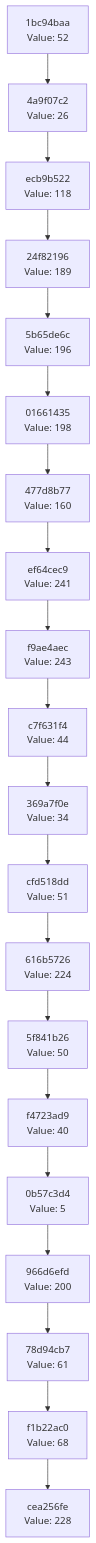
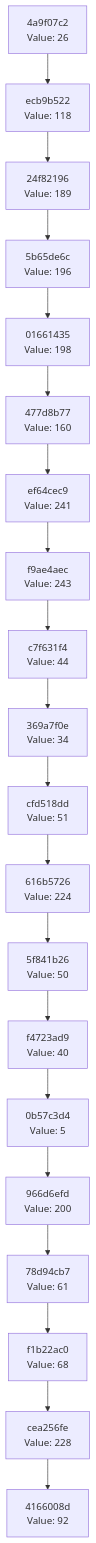
The diagram in docs/CHAIN_VISUALIZATION.md (Abhisheksinha1506/hash-chain-evolver), drawn with Mermaid before and after one commit. The commit also changed 2 other files, not shown here.

Commit message:
Evolution Step

````diff
--- a/docs/CHAIN_VISUALIZATION.md
+++ b/docs/CHAIN_VISUALIZATION.md
@@ -3,42 +3,42 @@
 ```mermaid
 graph TD
-    C0["cea256fe<br/>Value: 228"]
-    C1["f1b22ac0<br/>Value: 68"]
+    C0["4166008d<br/>Value: 92"]
+    C1["cea256fe<br/>Value: 228"]
     C1 --> C0
-    C2["78d94cb7<br/>Value: 61"]
+    C2["f1b22ac0<br/>Value: 68"]
     C2 --> C1
-    C3["966d6efd<br/>Value: 200"]
+    C3["78d94cb7<br/>Value: 61"]
     C3 --> C2
-    C4["0b57c3d4<br/>Value: 5"]
+    C4["966d6efd<br/>Value: 200"]
     C4 --> C3
-    C5["f4723ad9<br/>Value: 40"]
+    C5["0b57c3d4<br/>Value: 5"]
     C5 --> C4
-    C6["5f841b26<br/>Value: 50"]
+    C6["f4723ad9<br/>Value: 40"]
     C6 --> C5
-    C7["616b5726<br/>Value: 224"]
+    C7["5f841b26<br/>Value: 50"]
     C7 --> C6
-    C8["cfd518dd<br/>Value: 51"]
+    C8["616b5726<br/>Value: 224"]
     C8 --> C7
-    C9["369a7f0e<br/>Value: 34"]
+    C9["cfd518dd<br/>Value: 51"]
     C9 --> C8
-    C10["c7f631f4<br/>Value: 44"]
+    C10["369a7f0e<br/>Value: 34"]
     C10 --> C9
-    C11["f9ae4aec<br/>Value: 243"]
+    C11["c7f631f4<br/>Value: 44"]
     C11 --> C10
-    C12["ef64cec9<br/>Value: 241"]
+    C12["f9ae4aec<br/>Value: 243"]
     C12 --> C11
-    C13["477d8b77<br/>Value: 160"]
+    C13["ef64cec9<br/>Value: 241"]
     C13 --> C12
-    C14["01661435<br/>Value: 198"]
+    C14["477d8b77<br/>Value: 160"]
     C14 --> C13
-    C15["5b65de6c<br/>Value: 196"]
+    C15["01661435<br/>Value: 198"]
     C15 --> C14
-    C16["24f82196<br/>Value: 189"]
+    C16["5b65de6c<br/>Value: 196"]
     C16 --> C15
-    C17["ecb9b522<br/>Value: 118"]
+    C17["24f82196<br/>Value: 189"]
     C17 --> C16
-    C18["4a9f07c2<br/>Value: 26"]
+    C18["ecb9b522<br/>Value: 118"]
     C18 --> C17
-    C19["1bc94baa<br/>Value: 52"]
+    C19["4a9f07c2<br/>Value: 26"]
     C19 --> C18
 ```
````
